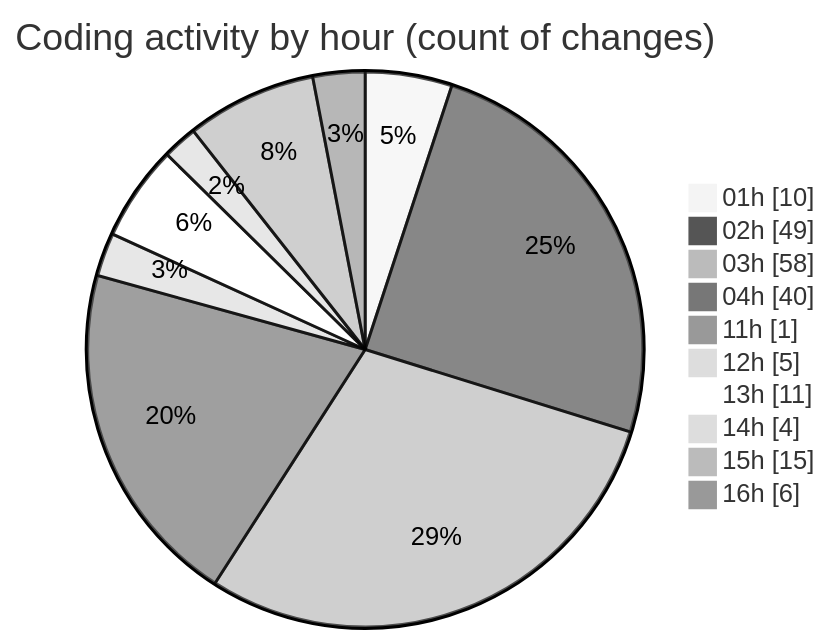
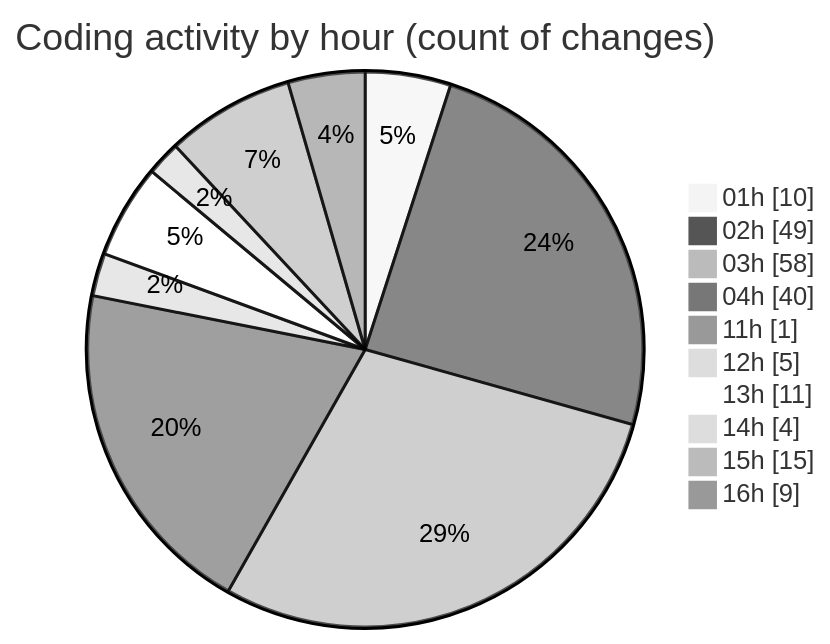
Before and after one commit to julien-gomy/code-tracking: the second of 2 diagrams in 2025-11-21/eventscop-frontend-guide__workspace_/README.md, drawn with Mermaid (neutral theme). The commit also changed other lines of this file and 1 other file, not shown here.

````diff
--- a/2025-11-21/eventscop-frontend-guide__workspace_/README.md
+++ b/2025-11-21/eventscop-frontend-guide__workspace_/README.md
@@ -75,14 +76,14 @@
 ```mermaid
 pie showData
 title Coding activity by hour (count of changes)
 "01h" : 10
 "02h" : 49
 "03h" : 58
 "04h" : 40
 "11h" : 1
 "12h" : 5
 "13h" : 11
 "14h" : 4
 "15h" : 15
-"16h" : 6
+"16h" : 9
 ```
````
